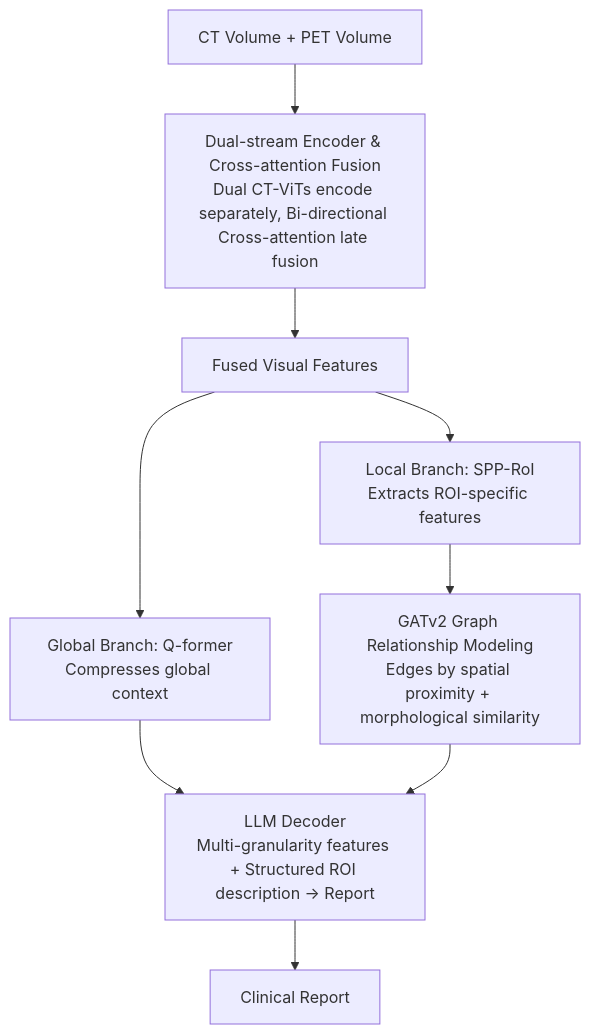
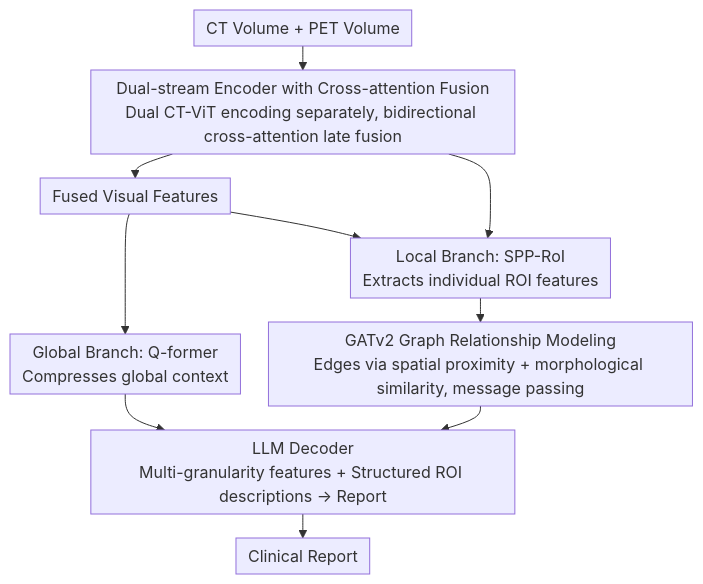
The diagram in docs/ACL2026/medical_nlp/region-grounded_report_generation_for_3d_medical_imaging_a_fine-grained_dataset_.md (zhaoyang97/Paper-Notes-en), drawn with Mermaid before and after one commit. The commit also changed other lines of this file and 5084 other files, not shown here.

````diff
--- a/docs/ACL2026/medical_nlp/region-grounded_report_generation_for_3d_medical_imaging_a_fine-grained_dataset_.md
+++ b/docs/ACL2026/medical_nlp/region-grounded_report_generation_for_3d_medical_imaging_a_fine-grained_dataset_.md
@@ -42,11 +42,13 @@
 ```mermaid
-graph TD
-    A["CT Volume + PET Volume"] --> B["Dual-stream Encoder & Cross-attention Fusion<br/>Dual CT-ViTs encode separately, Bi-directional Cross-attention late fusion"]
+%%{init: {'flowchart': {'rankSpacing': 24, 'nodeSpacing': 28, 'padding': 6, 'wrappingWidth': 400}}}%%
+flowchart TD
+    A["CT Volume + PET Volume"] --> B["Dual-stream Encoder with Cross-attention Fusion<br/>Dual CT-ViT encoding separately, bidirectional cross-attention late fusion"]
     B --> C["Fused Visual Features"]
     C --> D["Global Branch: Q-former<br/>Compresses global context"]
-    C --> E["Local Branch: SPP-RoI<br/>Extracts ROI-specific features"]
-    E --> F["GATv2 Graph Relationship Modeling<br/>Edges by spatial proximity + morphological similarity"]
-    D --> G["LLM Decoder<br/>Multi-granularity features + Structured ROI description → Report"]
+    C --> E["Local Branch: SPP-RoI<br/>Extracts individual ROI features"]
+    B --> E
+    E --> F["GATv2 Graph Relationship Modeling<br/>Edges via spatial proximity + morphological similarity, message passing"]
+    D --> G["LLM Decoder<br/>Multi-granularity features + Structured ROI descriptions → Report"]
     F --> G
     G --> H["Clinical Report"]
 ```
````
